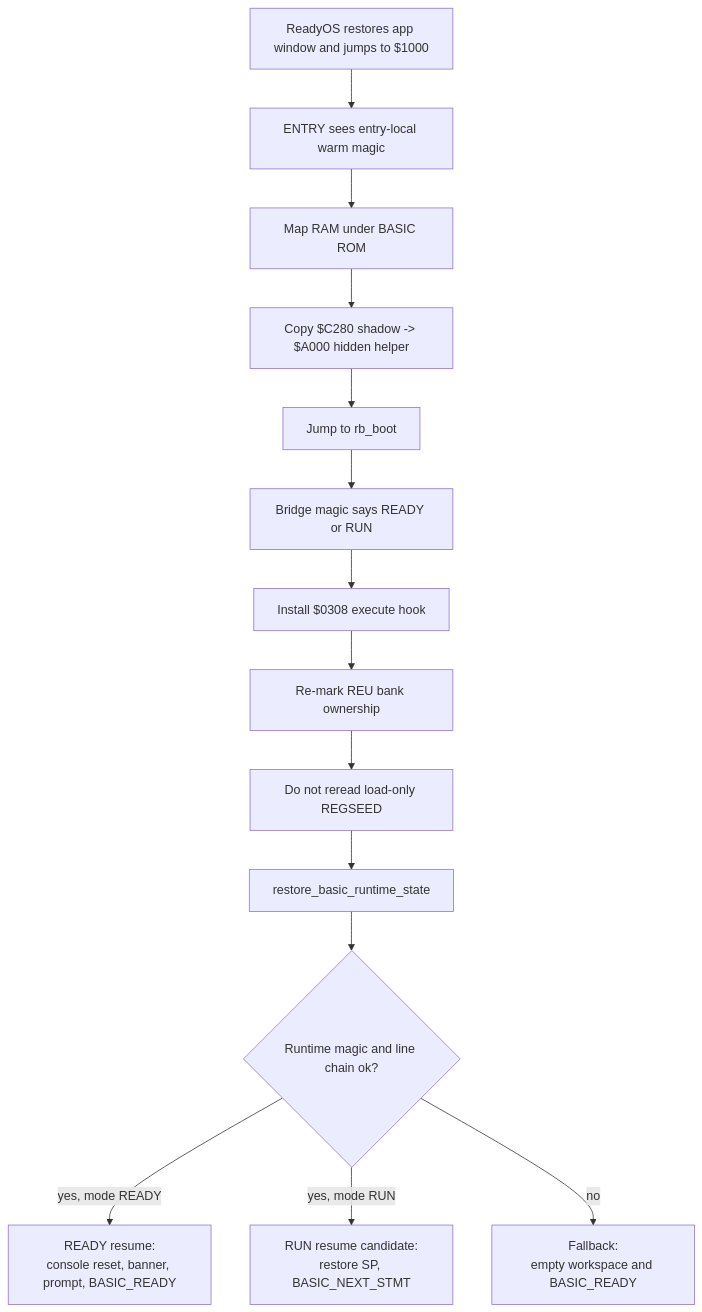
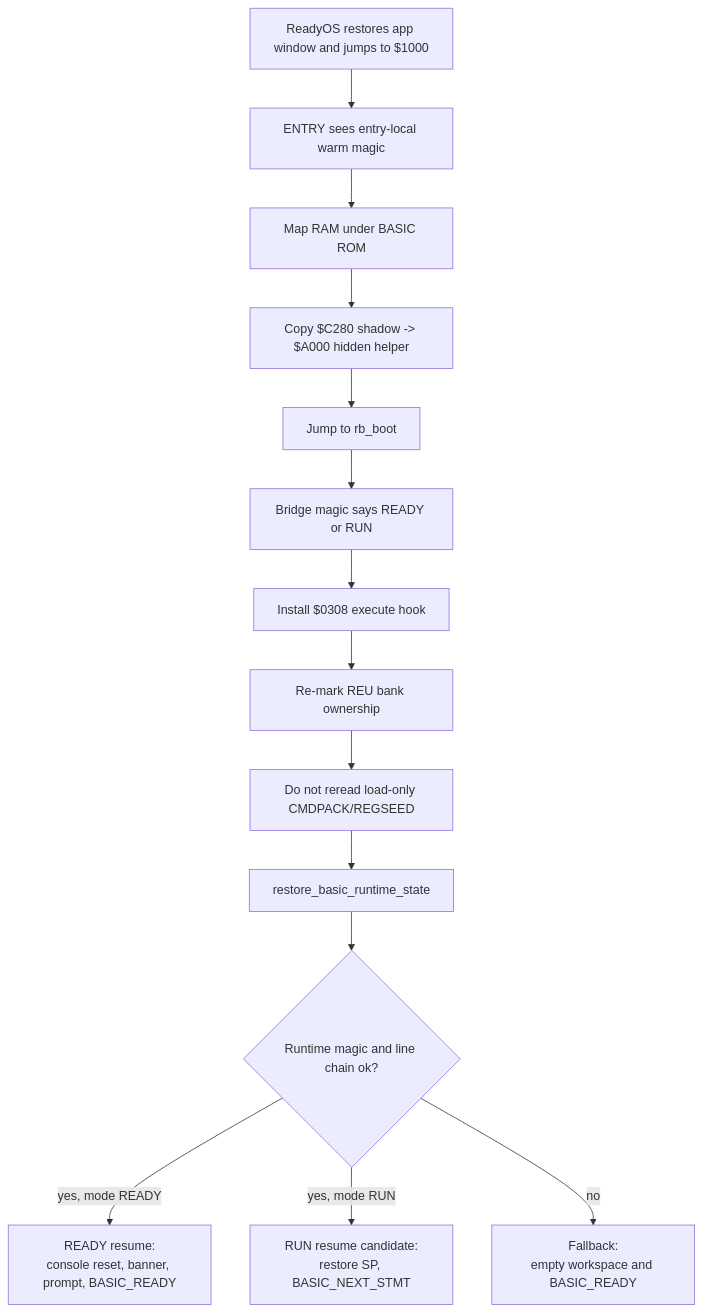
Before and after one commit to 123Onetwothree123/6502: the fifth of 8 diagrams in src/apps/readybasic/READYBASIC_LIFECYCLE_AND_REU_ARCHITECTURE.md, drawn with Mermaid. The commit also changed other lines of this file and 8 other files, not shown here.

````diff
--- a/src/apps/readybasic/READYBASIC_LIFECYCLE_AND_REU_ARCHITECTURE.md
+++ b/src/apps/readybasic/READYBASIC_LIFECYCLE_AND_REU_ARCHITECTURE.md
@@ -253,22 +253,22 @@
 ```mermaid
 flowchart TD
   R0["ReadyOS restores app window and jumps to $1000"]
   E["ENTRY sees entry-local warm magic"]
   RH["Map RAM under BASIC ROM"]
   RS["Copy $C280 shadow -> $A000 hidden helper"]
   RB["Jump to rb_boot"]
   M["Bridge magic says READY or RUN"]
   IV["Install $0308 execute hook"]
   MK["Re-mark REU bank ownership"]
-  SKIP["Do not reread load-only REGSEED"]
+  SKIP["Do not reread load-only CMDPACK/REGSEED"]
   REST["restore_basic_runtime_state"]
   OK{"Runtime magic and line chain ok?"}
   READY["READY resume:<br/>console reset, banner, prompt, BASIC_READY"]
   RUN["RUN resume candidate:<br/>restore SP, BASIC_NEXT_STMT"]
   FALL["Fallback:<br/>empty workspace and BASIC_READY"]
 
   R0 --> E --> RH --> RS --> RB --> M --> IV --> MK --> SKIP --> REST --> OK
   OK -->|yes, mode READY| READY
   OK -->|yes, mode RUN| RUN
   OK -->|no| FALL
 ```
````
